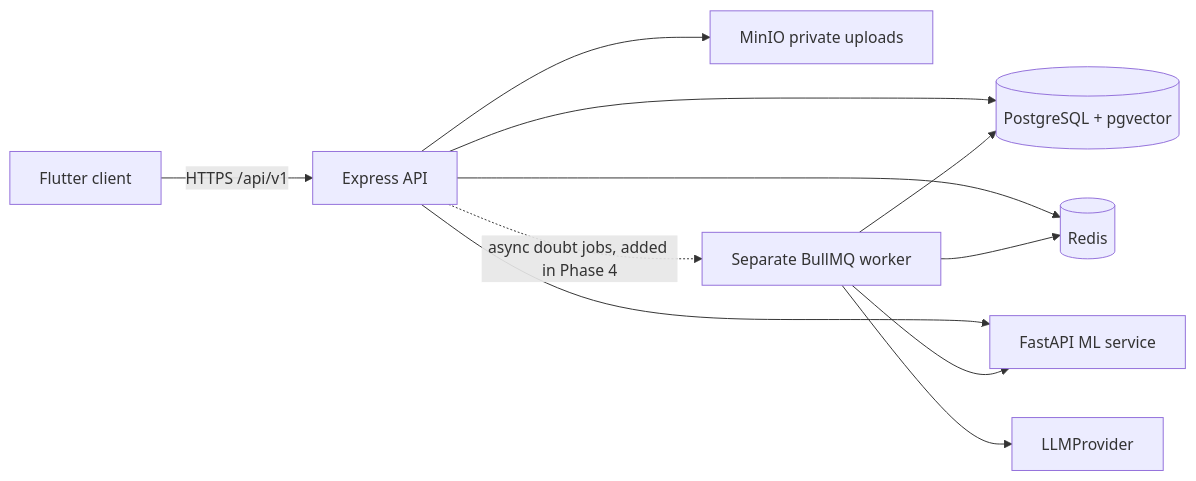
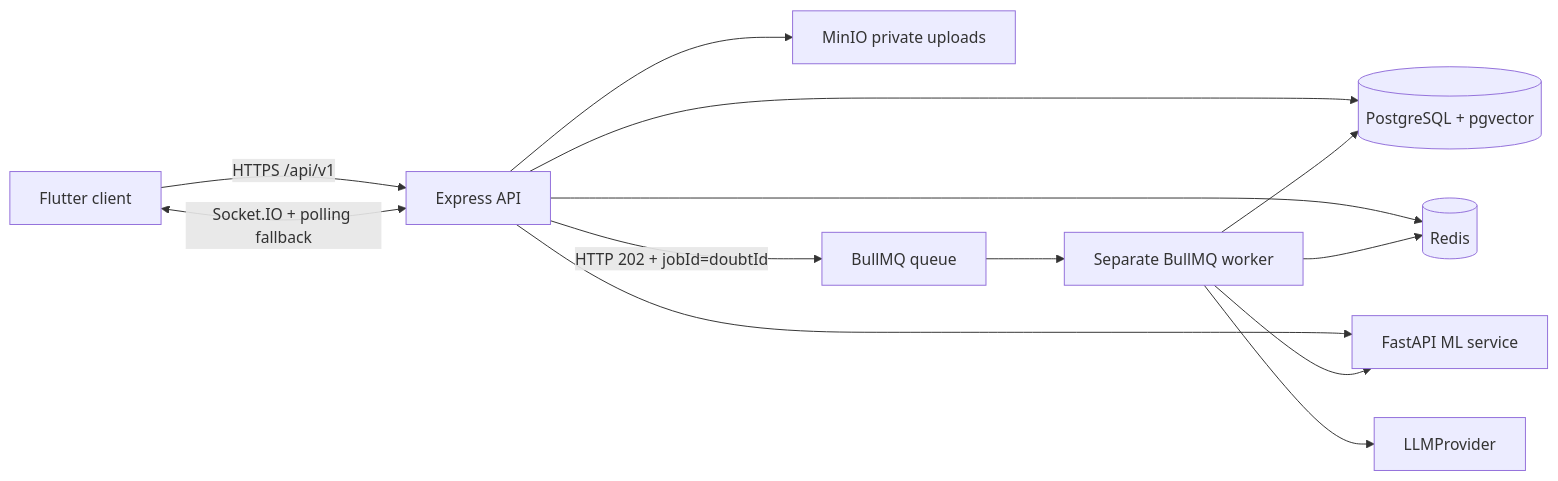
The diagram in docs/ARCHITECTURE.md (pranjals2004/solvix), drawn with Mermaid before and after one commit. The commit also changed other lines of this file and 42 other files, not shown here.

Commit message:
feat: add async AI doubt resolution pipeline

````diff
--- a/docs/ARCHITECTURE.md
+++ b/docs/ARCHITECTURE.md
@@ -3,13 +3,15 @@
 ```mermaid
 flowchart LR
   M[Flutter client] -->|HTTPS /api/v1| A[Express API]
+  M <-->|Socket.IO + polling fallback| A
   A --> P[(PostgreSQL + pgvector)]
   A --> R[(Redis)]
   A --> S[MinIO private uploads]
   A --> ML[FastAPI embeddings]
-  A -. async doubt jobs, added in Phase 4 .-> W[Separate BullMQ worker]
+  A -->|HTTP 202 + jobId=doubtId| Q[BullMQ queue]
+  Q --> W[Separate BullMQ worker]
   W --> P
   W --> R
   W --> L[LLMProvider]
   W --> ML[FastAPI ML service]
 ```
````
